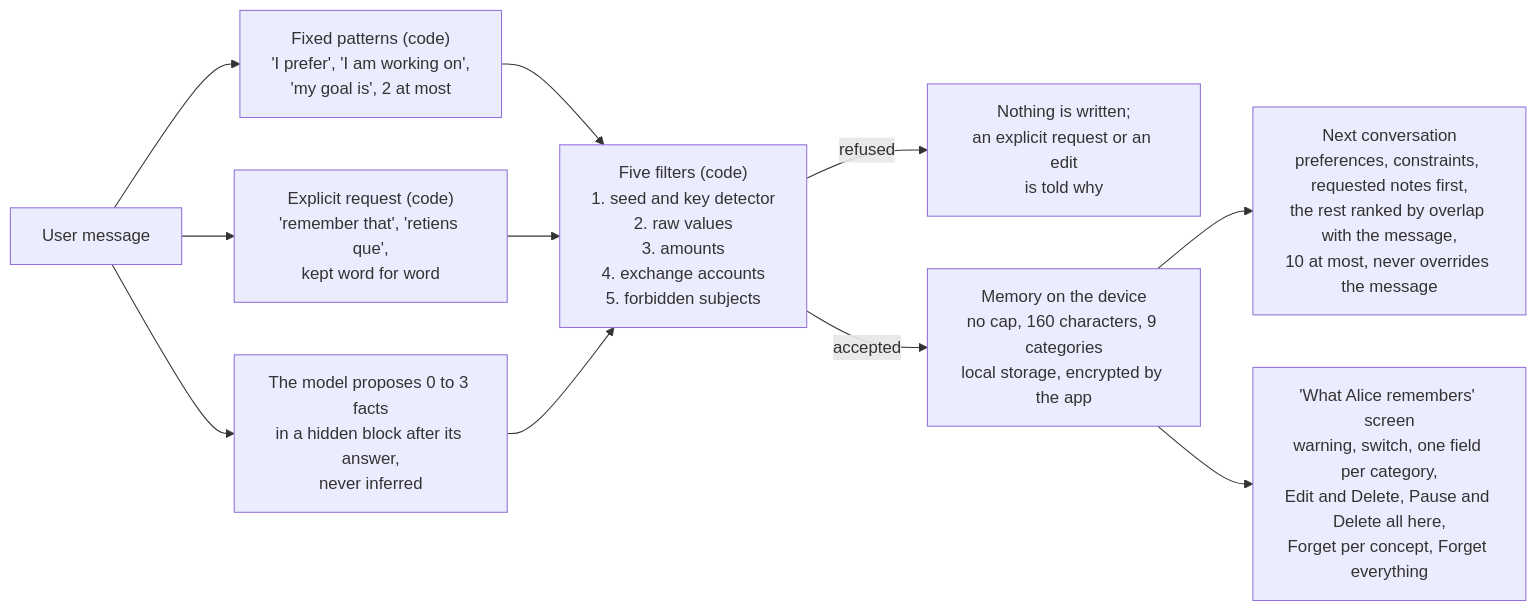
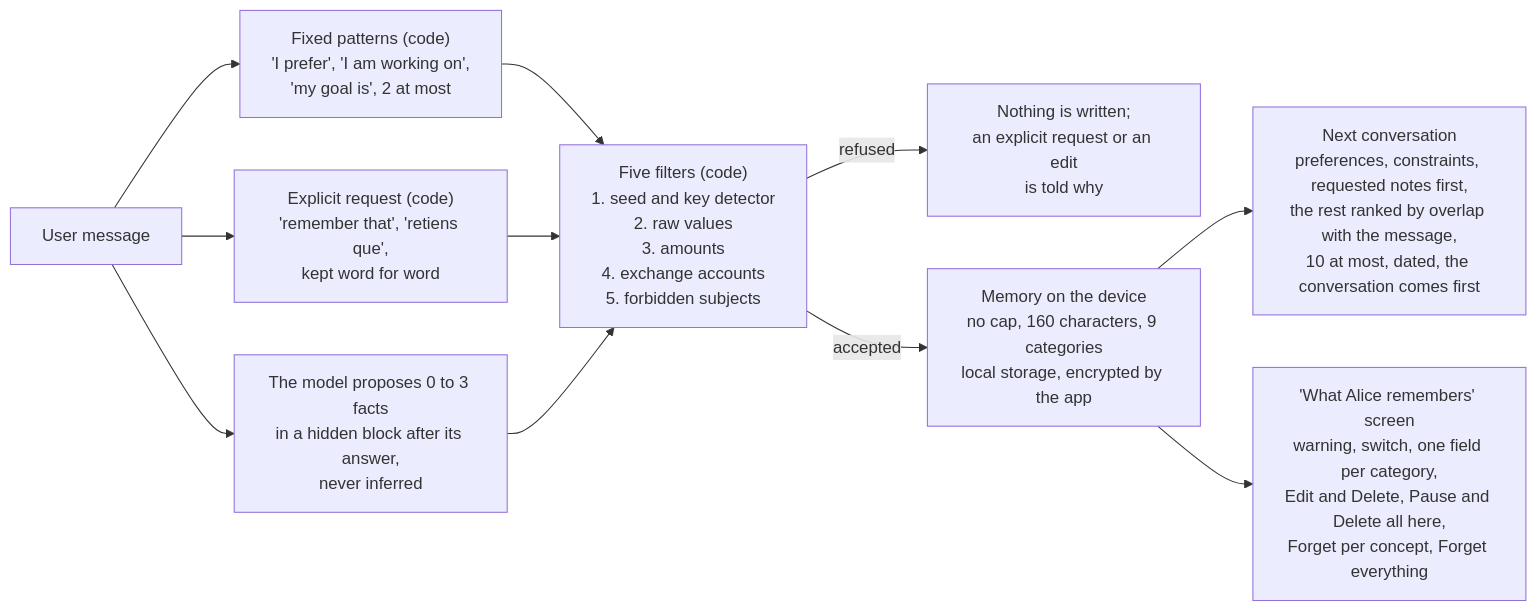
Before and after one commit to alice-btc/alice: the diagram in docs/ALICE_USER_MEMORY.md, drawn with Mermaid. The commit also changed other lines of this file and 886 other files, not shown here.

````diff
--- a/docs/ALICE_USER_MEMORY.md
+++ b/docs/ALICE_USER_MEMORY.md
@@ -11,13 +11,13 @@
 ```mermaid
 flowchart LR
   M["User message"] --> P["Fixed patterns (code)\n'I prefer', 'I am working on',\n'my goal is', 2 at most"]
   M --> Q["Explicit request (code)\n'remember that', 'retiens que',\nkept word for word"]
   M --> L["The model proposes 0 to 3 facts\nin a hidden block after its answer,\nnever inferred"]
   P --> F["Five filters (code)\n1. seed and key detector\n2. raw values\n3. amounts\n4. exchange accounts\n5. forbidden subjects"]
   Q --> F
   L --> F
   F -->|refused| R["Nothing is written;\nan explicit request or an edit\nis told why"]
   F -->|accepted| S["Memory on the device\nno cap, 160 characters, 9 categories\nlocal storage, encrypted by the app"]
-  S --> N["Next conversation\npreferences, constraints, requested notes first,\nthe rest ranked by overlap with the message,\n10 at most, never overrides the message"]
+  S --> N["Next conversation\npreferences, constraints, requested notes first,\nthe rest ranked by overlap with the message,\n10 at most, dated, the conversation comes first"]
   S --> G["'What Alice remembers' screen\nwarning, switch, one field per category,\nEdit and Delete, Pause and Delete all here,\nForget per concept, Forget everything"]
 ```
````
